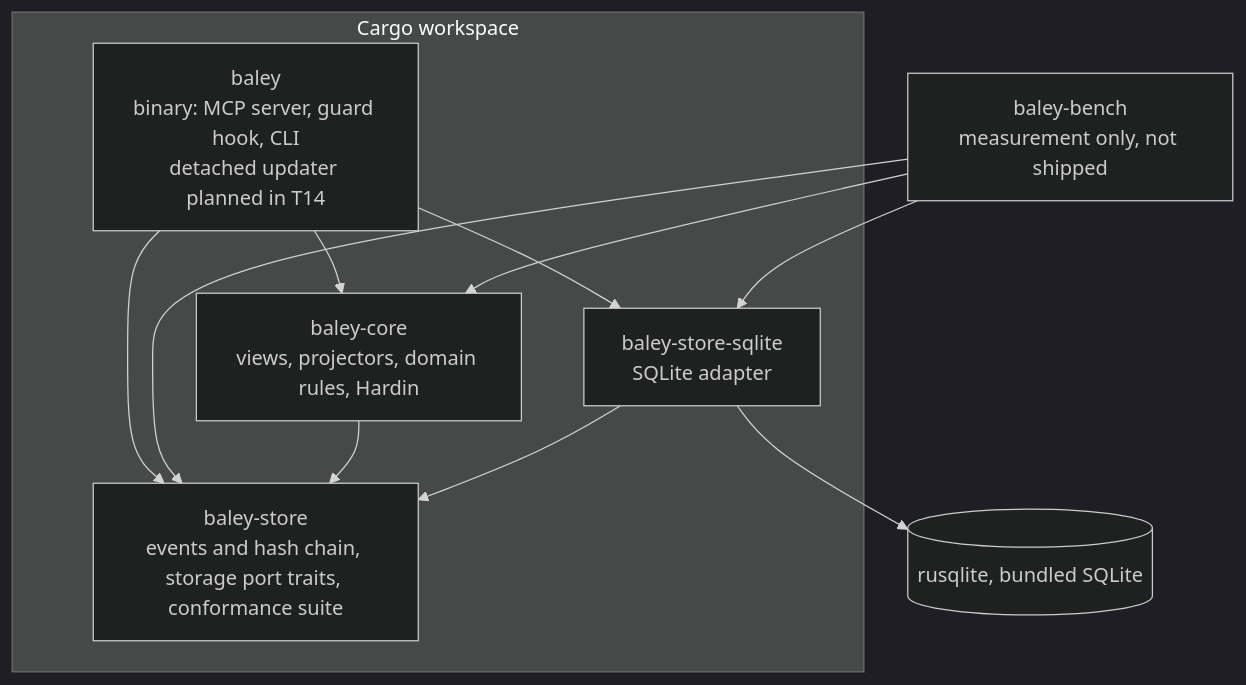
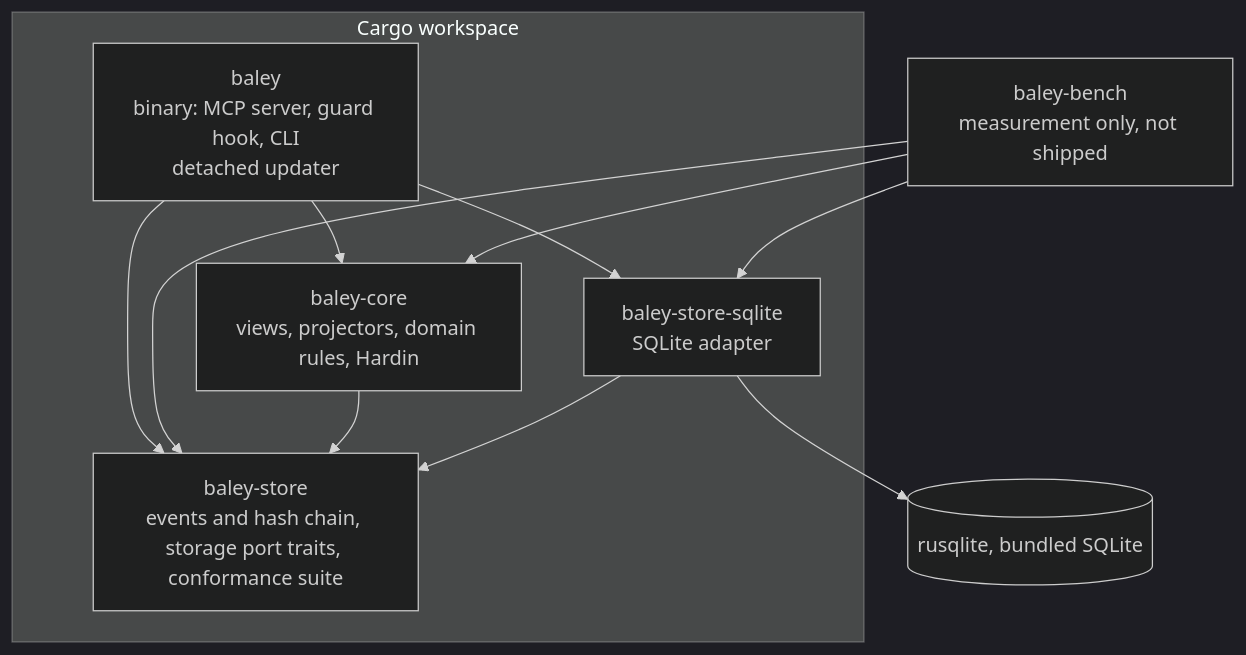
One commit to crenshawdev/baley changed the third of 14 diagrams in docs/design/0001-evidence-ledger.md. Above: the diagram before and after it, drawn with Mermaid (dark theme). The commit also changed other lines of this file and 1 other file, not shown here.

First line of the commit message:
docs(design): say the ledger and settings designs' updater is built, with its claims, events and source setting

````diff
--- a/docs/design/0001-evidence-ledger.md
+++ b/docs/design/0001-evidence-ledger.md
@@ -221,20 +221,20 @@
 ```mermaid
 flowchart TB
   subgraph workspace [Cargo workspace]
-    server["baley<br/>binary: MCP server, guard hook, CLI<br/>detached updater planned in T14"]
+    server["baley<br/>binary: MCP server, guard hook, CLI<br/>detached updater"]
     core["baley-core<br/>views, projectors, domain rules, Hardin"]
     port["baley-store<br/>events and hash chain, storage port traits, conformance suite"]
     sqlite["baley-store-sqlite<br/>SQLite adapter"]
   end
   rusqlite[("rusqlite, bundled SQLite")]
   server --> core
   server --> port
   server --> sqlite
   bench["baley-bench<br/>measurement only, not shipped"]
   bench --> sqlite
   bench --> core
   bench --> port
   core --> port
   sqlite --> port
   sqlite --> rusqlite
 ```
````
